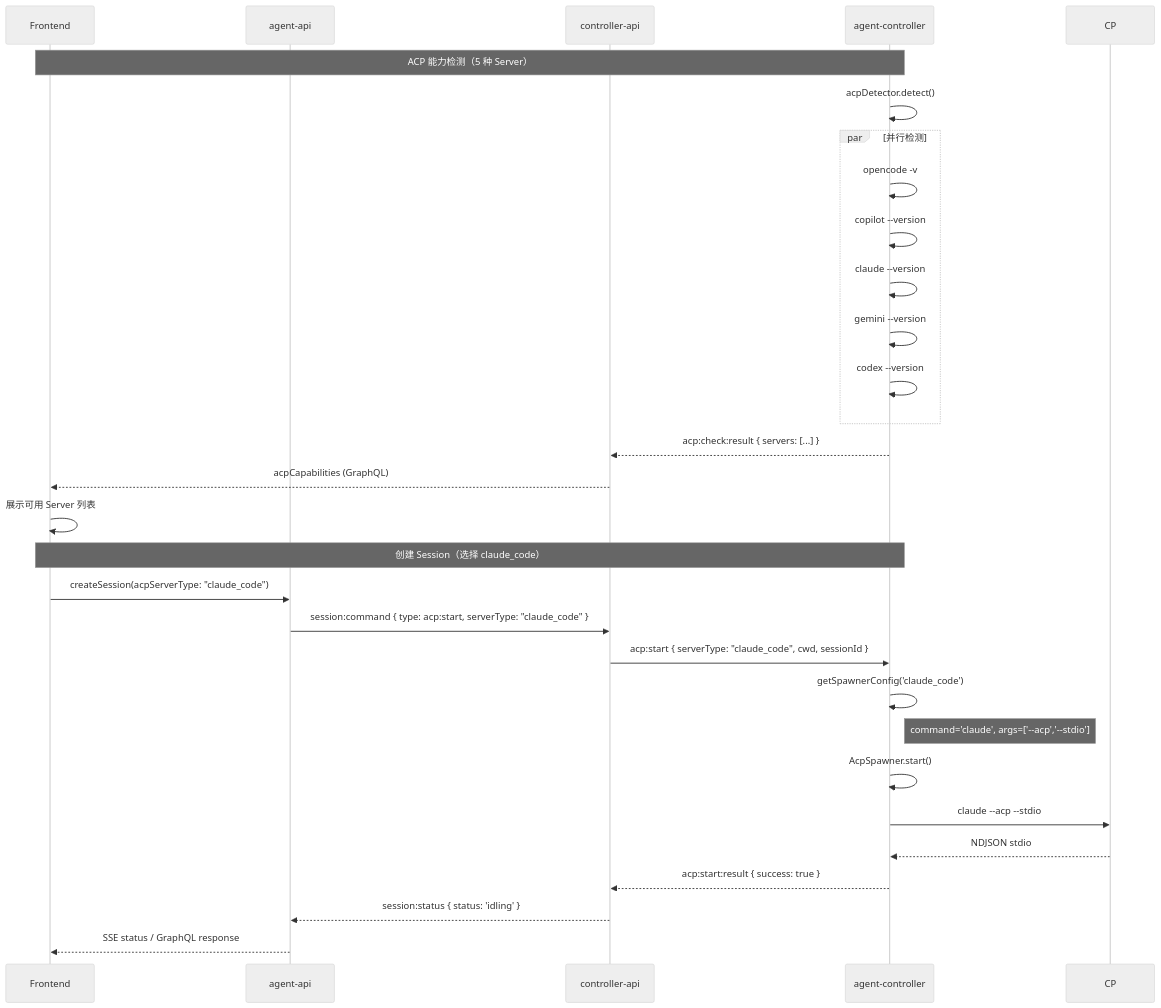
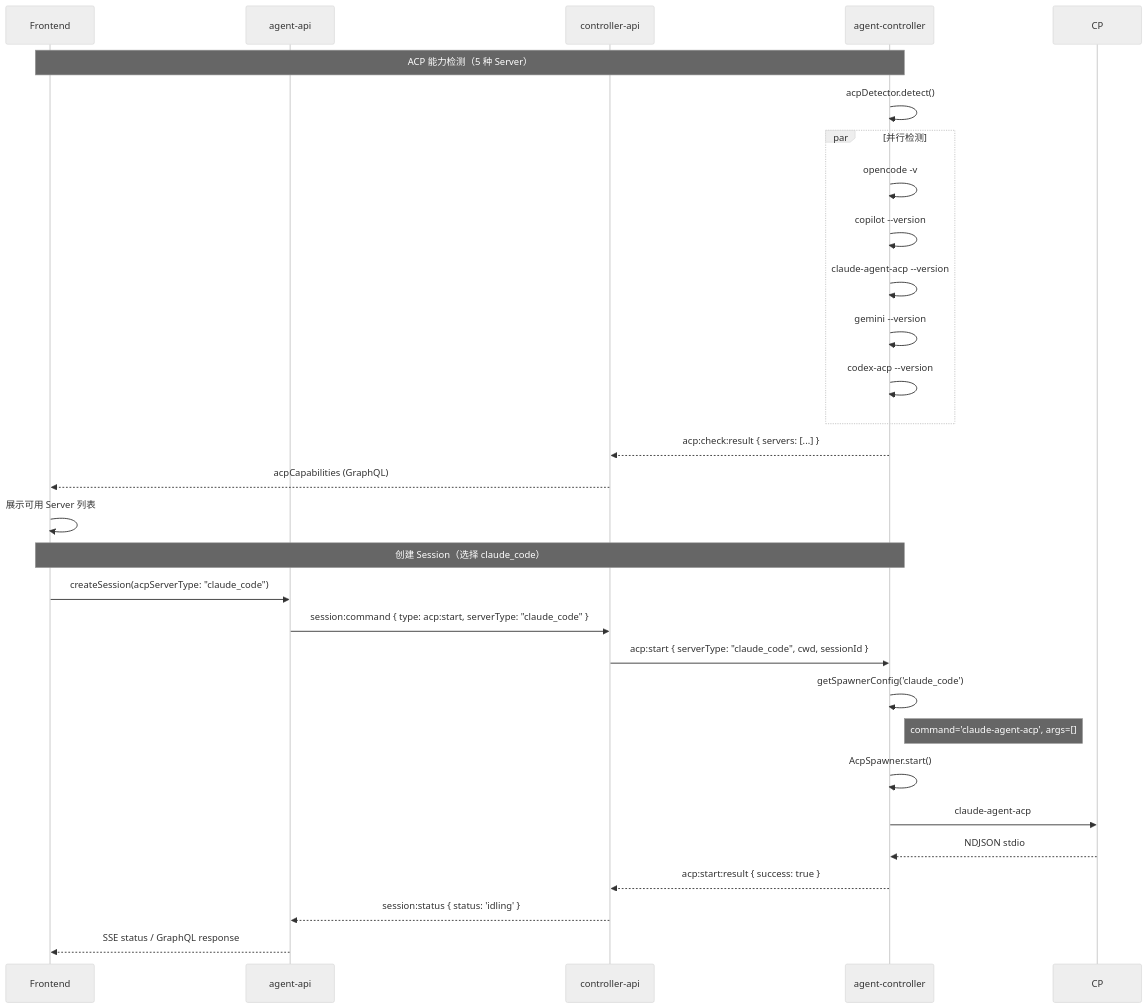
The second of 2 diagrams in docs/engineering/proposals/20260705-feat-acp-server-extend.md (Deliay/z-agent-gear), drawn with Mermaid (neutral theme) before and after one commit. The commit also changed other lines of this file, not shown here.

Commit message:
fix: correct Claude/Codex/Gemini ACP launch commands based on research

````diff
--- a/docs/engineering/proposals/20260705-feat-acp-server-extend.md
+++ b/docs/engineering/proposals/20260705-feat-acp-server-extend.md
@@ -152,33 +158,33 @@
 ```mermaid
 sequenceDiagram
     participant F as Frontend
     participant AA as agent-api
     participant CA as controller-api
     participant AC as agent-controller
 
     Note over F,AC: ACP 能力检测（5 种 Server）
     AC->>AC: acpDetector.detect()
     par 并行检测
       AC->>AC: opencode -v
       AC->>AC: copilot --version
-      AC->>AC: claude --version
+      AC->>AC: claude-agent-acp --version
       AC->>AC: gemini --version
-      AC->>AC: codex --version
+      AC->>AC: codex-acp --version
     end
     AC-->>CA: acp:check:result { servers: [...] }
     CA-->>F: acpCapabilities (GraphQL)
     F->>F: 展示可用 Server 列表
 
     Note over F,AC: 创建 Session（选择 claude_code）
     F->>AA: createSession(acpServerType: "claude_code")
     AA->>CA: session:command { type: acp:start, serverType: "claude_code" }
     CA->>AC: acp:start { serverType: "claude_code", cwd, sessionId }
     AC->>AC: getSpawnerConfig('claude_code')
-    Note right of AC: command='claude', args=['--acp','--stdio']
+    Note right of AC: command='claude-agent-acp', args=[]
     AC->>AC: AcpSpawner.start()
-    AC->>CP: claude --acp --stdio
+    AC->>CP: claude-agent-acp
     CP-->>AC: NDJSON stdio
     AC-->>CA: acp:start:result { success: true }
     CA-->>AA: session:status { status: 'idling' }
     AA-->>F: SSE status / GraphQL response
 ```
````
